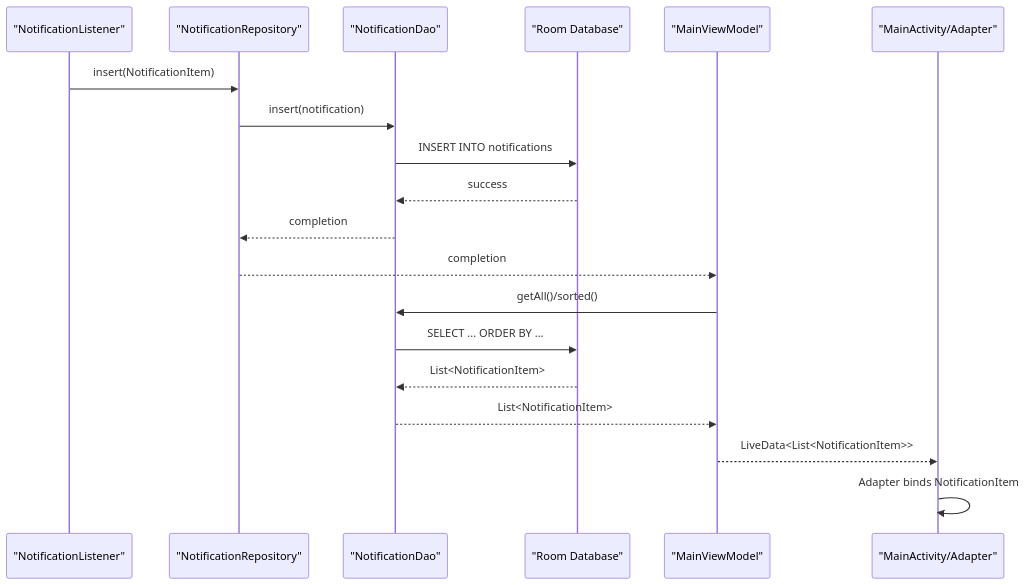
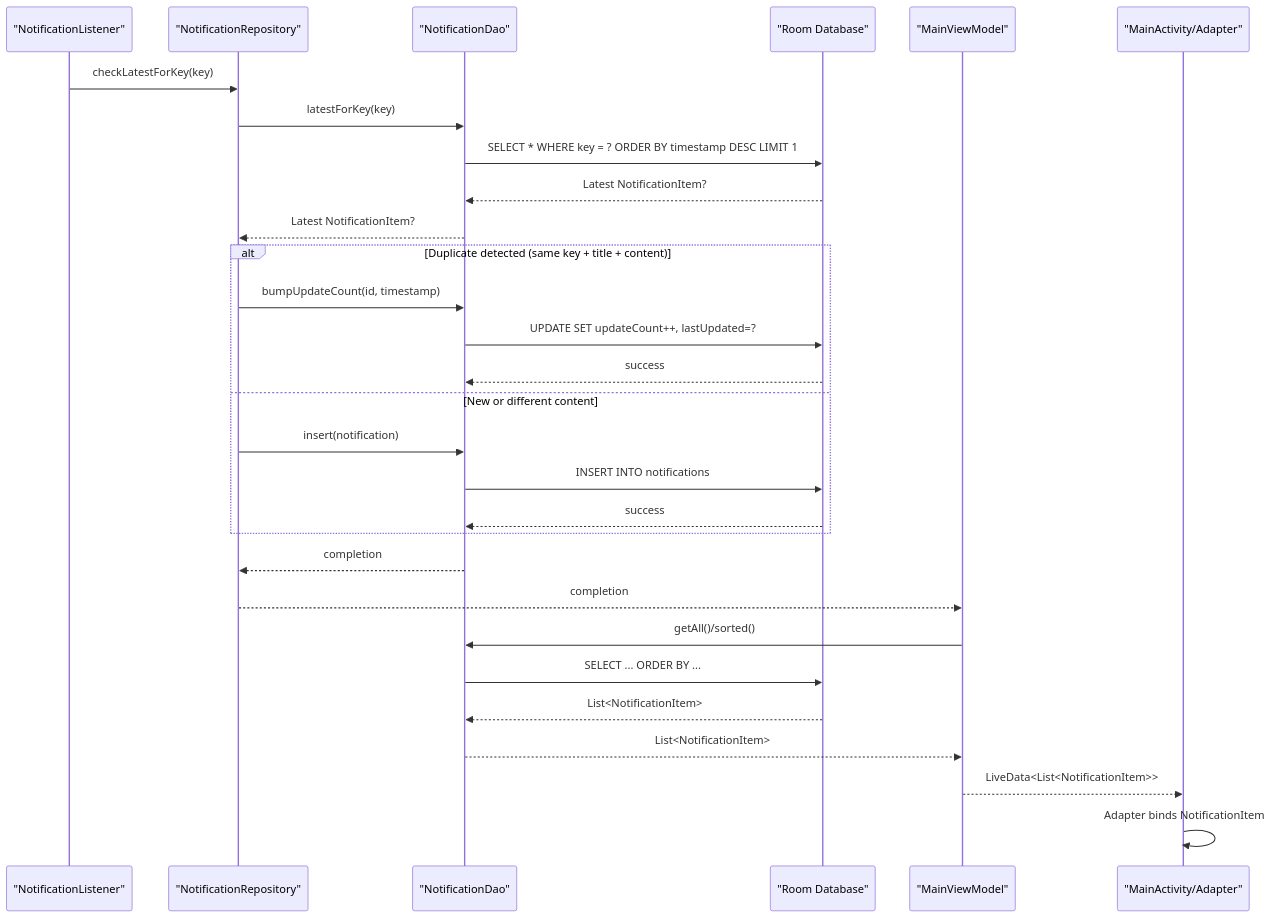
One commit to caldefoc/NotificationLog changed the second of 5 diagrams in .qoder/repowiki/en/content/Data Management/Entity Models.md. Above: the diagram before and after it, drawn with Mermaid. The commit also changed other lines of this file and 13 other files, not shown here.

````diff
--- a/.qoder/repowiki/en/content/Data Management/Entity Models.md
+++ b/.qoder/repowiki/en/content/Data Management/Entity Models.md
@@ -113,21 +126,31 @@
 ```mermaid
 sequenceDiagram
 participant NL as "NotificationListener"
 participant Repo as "NotificationRepository"
 participant Dao as "NotificationDao"
 participant DB as "Room Database"
 participant VM as "MainViewModel"
 participant UI as "MainActivity/Adapter"
-NL->>Repo : insert(NotificationItem)
+NL->>Repo : checkLatestForKey(key)
+Repo->>Dao : latestForKey(key)
+Dao->>DB : SELECT * WHERE key = ? ORDER BY timestamp DESC LIMIT 1
+DB-->>Dao : Latest NotificationItem?
+Dao-->>Repo : Latest NotificationItem?
+alt Duplicate detected (same key + title + content)
+Repo->>Dao : bumpUpdateCount(id, timestamp)
+Dao->>DB : UPDATE SET updateCount++, lastUpdated=?
+DB-->>Dao : success
+else New or different content
 Repo->>Dao : insert(notification)
 Dao->>DB : INSERT INTO notifications
 DB-->>Dao : success
+end
 Dao-->>Repo : completion
 Repo-->>VM : completion
 VM->>Dao : getAll()/sorted()
 Dao->>DB : SELECT ... ORDER BY ...
 DB-->>Dao : List<NotificationItem>
 Dao-->>VM : List<NotificationItem>
 VM-->>UI : LiveData<List<NotificationItem>>
 UI->>UI : Adapter binds NotificationItem
 ```
````
